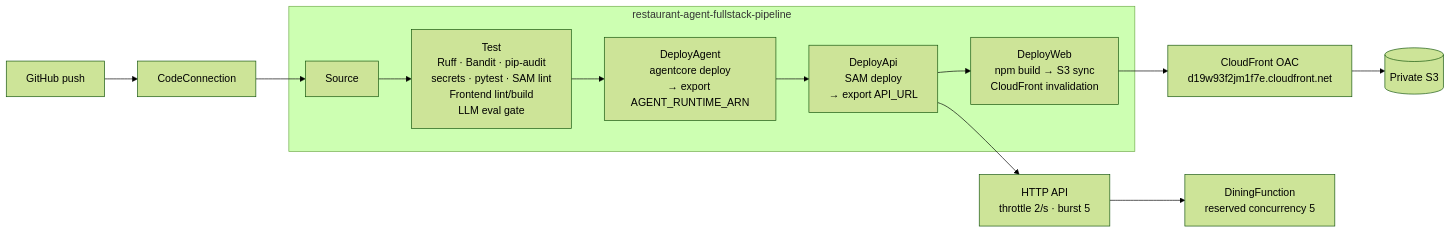
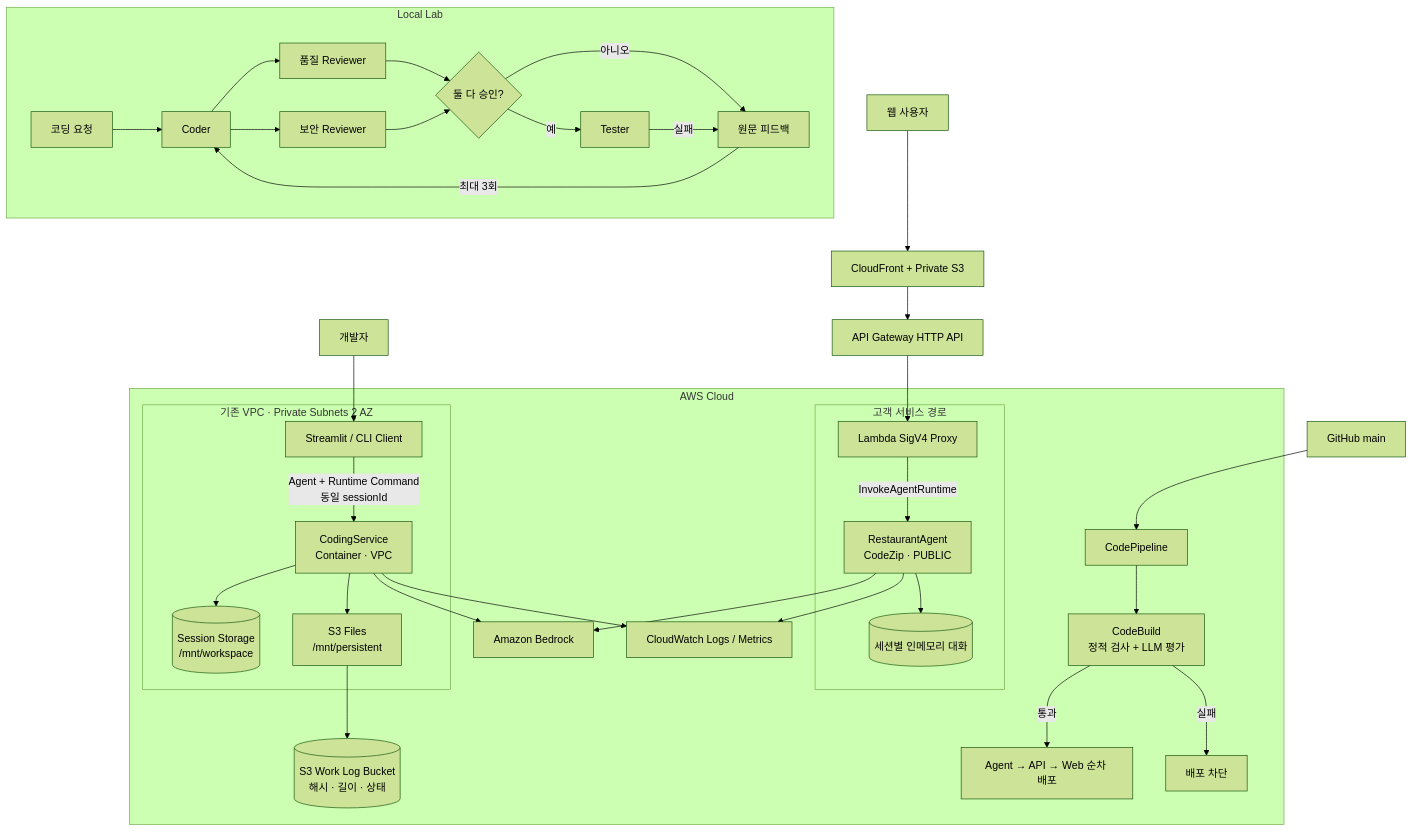
One commit to clialim/restaurant-agent-agentcore changed the first of 2 diagrams in README.md. Above: the diagram before and after it, drawn with Mermaid (forest theme). The commit also changed other lines of this file and 2 other files, not shown here.

````diff
--- a/README.md
+++ b/README.md
@@ -273,17 +66,44 @@
 ```mermaid
-flowchart LR
-    Git[GitHub push] --> Conn[CodeConnection]
-    Conn --> Source[Source]
+flowchart TB
+    WebUser[웹 사용자] --> CF[CloudFront + Private S3]
+    CF --> API[API Gateway HTTP API]
+    API --> Lambda[Lambda SigV4 Proxy]
 
-    subgraph Pipeline[restaurant-agent-fullstack-pipeline]
-        Source --> Test[Test<br/>Ruff · Bandit · pip-audit<br/>secrets · pytest · SAM lint<br/>Frontend lint/build<br/>LLM eval gate]
-        Test --> Agent[DeployAgent<br/>agentcore deploy<br/>→ export AGENT_RUNTIME_ARN]
-        Agent --> Api[DeployApi<br/>SAM deploy<br/>→ export API_URL]
-        Api --> Web[DeployWeb<br/>npm build → S3 sync<br/>CloudFront invalidation]
+    Developer[개발자] --> Console[Streamlit / CLI Client]
+    GitHub[GitHub main] --> Pipeline[CodePipeline]
+
+    subgraph AWS[AWS Cloud]
+        subgraph PublicPath[고객 서비스 경로]
+            Lambda -->|InvokeAgentRuntime| Restaurant[RestaurantAgent<br/>CodeZip · PUBLIC]
+            Restaurant --> RestaurantState[(세션별 인메모리 대화)]
+        end
+
+        subgraph PrivatePath[기존 VPC · Private Subnets 2 AZ]
+            Console -->|Agent + Runtime Command<br/>동일 sessionId| Coding[CodingService<br/>Container · VPC]
+            Coding --> Session[(Session Storage<br/>/mnt/workspace)]
+            Coding --> Files[S3 Files<br/>/mnt/persistent]
+        end
+
+        Files --> Logs[(S3 Work Log Bucket<br/>해시 · 길이 · 상태)]
+        Restaurant --> Bedrock[Amazon Bedrock]
+        Coding --> Bedrock
+        Restaurant --> CW[CloudWatch Logs / Metrics]
+        Coding --> CW
+
+        Pipeline --> Gate[CodeBuild<br/>정적 검사 + LLM 평가]
+        Gate -->|통과| Deploy[Agent → API → Web 순차 배포]
+        Gate -->|실패| Block[배포 차단]
     end
 
-    Web --> CF[CloudFront OAC<br/>d19w93f2jm1f7e.cloudfront.net]
-    CF --> S3[(Private S3)]
-    Api --> APIGW[HTTP API<br/>throttle 2/s · burst 5]
-    APIGW --> Lambda[DiningFunction<br/>reserved concurrency 5]
+    subgraph Local[Local Lab]
+        Task[코딩 요청] --> Coder
+        Coder --> Quality[품질 Reviewer]
+        Coder --> Security[보안 Reviewer]
+        Quality --> Decision{둘 다 승인?}
+        Security --> Decision
+        Decision -->|예| Tester
+        Decision -->|아니오| Feedback[원문 피드백]
+        Tester -->|실패| Feedback
+        Feedback -->|최대 3회| Coder
+    end
 ```
````
